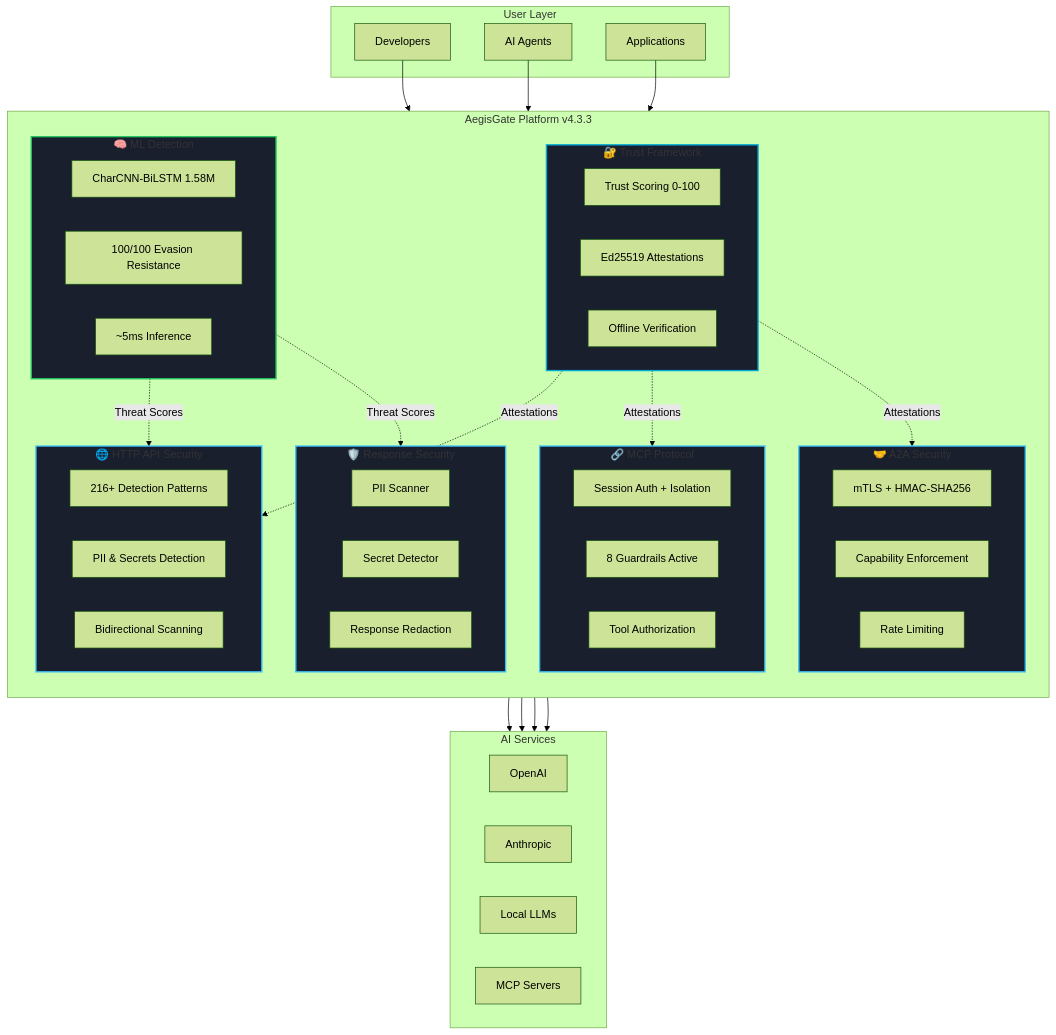
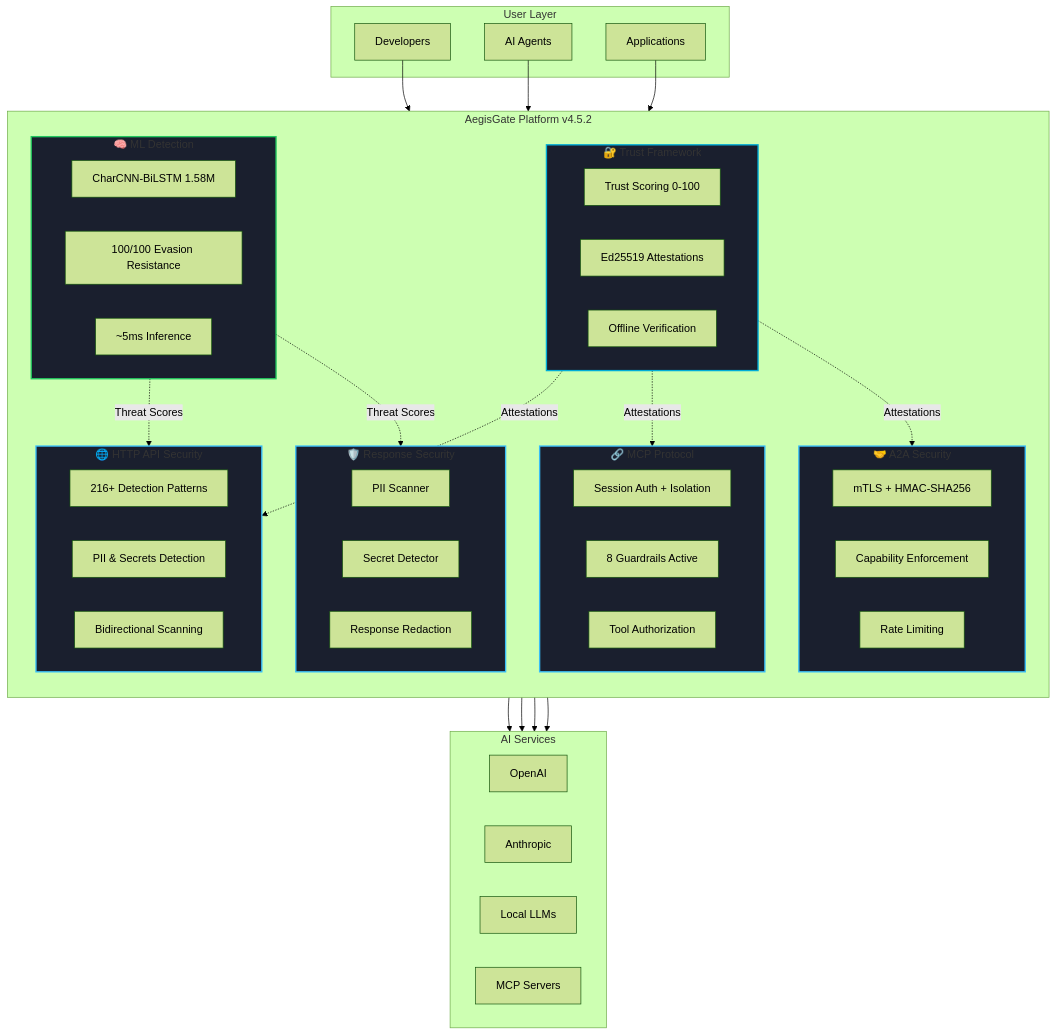
One commit to aegisgatesecurity/aegisgate-site changed the first of 2 diagrams in content/platform/_index.md. Above: the diagram before and after it, drawn with Mermaid (forest theme). The commit also changed 9 other files, not shown here.

```diff
--- a/content/platform/_index.md
+++ b/content/platform/_index.md
@@ -143,77 +143,77 @@
 {{< mermaid >}}
 flowchart TD
     subgraph UserLayer["User Layer"]
         A[Developers]
         B[AI Agents]
         C[Applications]
     end
 
-    subgraph Platform["AegisGate Platform v4.3.3"]
+    subgraph Platform["AegisGate Platform v4.5.2"]
         direction TB
         
         subgraph Pillar1["🌐 HTTP API Security"]
             P1[216+ Detection Patterns]
             P1a[PII & Secrets Detection]
             P1b[Bidirectional Scanning]
         end
         
         subgraph Pillar2["🔗 MCP Protocol"]
             P2[Session Auth + Isolation]
             P2a[8 Guardrails Active]
             P2b[Tool Authorization]
         end
         
         subgraph Pillar3["🤝 A2A Security"]
             P3[mTLS + HMAC-SHA256]
             P3a[Capability Enforcement]
             P3b[Rate Limiting]
         end
         
         subgraph Pillar4["🛡️ Response Security"]
             P4[PII Scanner]
             P4a[Secret Detector]
             P4b[Response Redaction]
         end
         
         subgraph Pillar5["🔐 Trust Framework"]
             P5[Trust Scoring 0-100]
             P5a[Ed25519 Attestations]
             P5b[Offline Verification]
         end
         
         subgraph Pillar6["🧠 ML Detection"]
             P6[CharCNN-BiLSTM 1.58M]
             P6a[100/100 Evasion Resistance]
             P6b[~5ms Inference]
         end
     end
 
     subgraph Output["AI Services"]
         D[OpenAI]
         E[Anthropic]
         F[Local LLMs]
         G[MCP Servers]
     end
 
     A --> Platform
     B --> Platform
     C --> Platform
     
     Pillar1 --> Output
     Pillar2 --> Output
     Pillar3 --> Output
     Pillar4 --> Output
     
     Pillar5 -.->|Attestations| Pillar1
     Pillar5 -.->|Attestations| Pillar2
     Pillar5 -.->|Attestations| Pillar3
     Pillar6 -.->|Threat Scores| Pillar1
     Pillar6 -.->|Threat Scores| Pillar4
 
     style Pillar1 fill:#1a1f2e,stroke:#38bdf8,stroke-width:2px
     style Pillar2 fill:#1a1f2e,stroke:#38bdf8,stroke-width:2px
     style Pillar3 fill:#1a1f2e,stroke:#38bdf8,stroke-width:2px
     style Pillar4 fill:#1a1f2e,stroke:#38bdf8,stroke-width:2px
     style Pillar5 fill:#1a1f2e,stroke:#00ADD8,stroke-width:2px
     style Pillar6 fill:#1a1f2e,stroke:#22c55e,stroke-width:2px
 {{< /mermaid >}}
```
